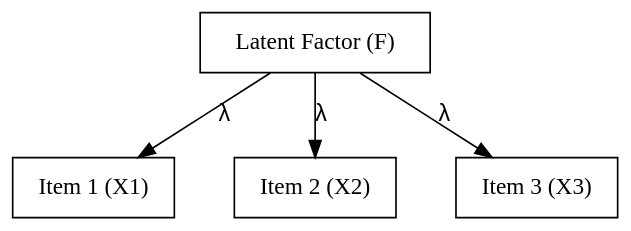
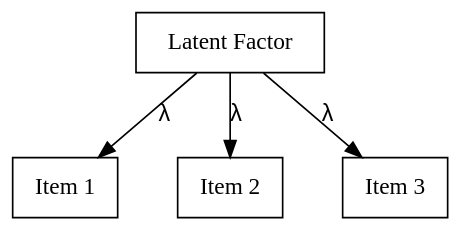
The diagram in latent/class.qmd (kevinli03/pspe), drawn with Graphviz before and after one commit. The commit also changed other lines of this file and 51 other files, not shown here.

````diff
--- a/latent/class.qmd
+++ b/latent/class.qmd
@@ -8,20 +8,20 @@
 ```{dot}
 //| fig-width: 4
 //| fig-height: 1.4
 digraph example2 {
   bgcolor="transparent";
   // Nodes
-  F [shape=box, pos = "0,0!", label="Latent Factor (F)"]
-  X1 [shape=box, pos = "2,0!", label="Item 1 (X1)"]
-  X2 [shape=box, pos = "1,-2!", label="Item 2 (X2)"]
-  X3 [shape=box, pos="1,0!", label="Item 3 (X3)"]
+  F [shape=box, pos = "0,0!", label="Latent Factor"]
+  X1 [shape=box, pos = "2,0!", label="Item 1"]
+  X2 [shape=box, pos = "1,-2!", label="Item 2"]
+  X3 [shape=box, pos="1,0!", label="Item 3"]
 
   // Edges
   {F -> X1 [label=<<FONT FACE="Arial">&lambda;</FONT>>]}
   {F -> X2 [label=<<FONT FACE="Arial">&lambda;</FONT>>]}
   {F -> X3 [label=<<FONT FACE="Arial">&lambda;</FONT>>]}
   
   graph [nodesep=0.5, ranksep=0.5]
 
 }
 ```
````
